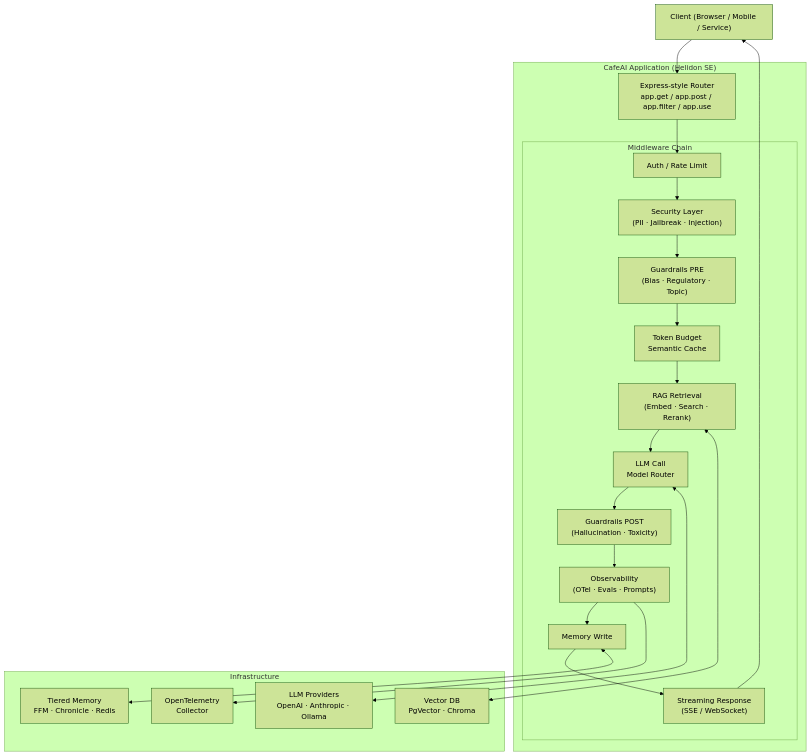
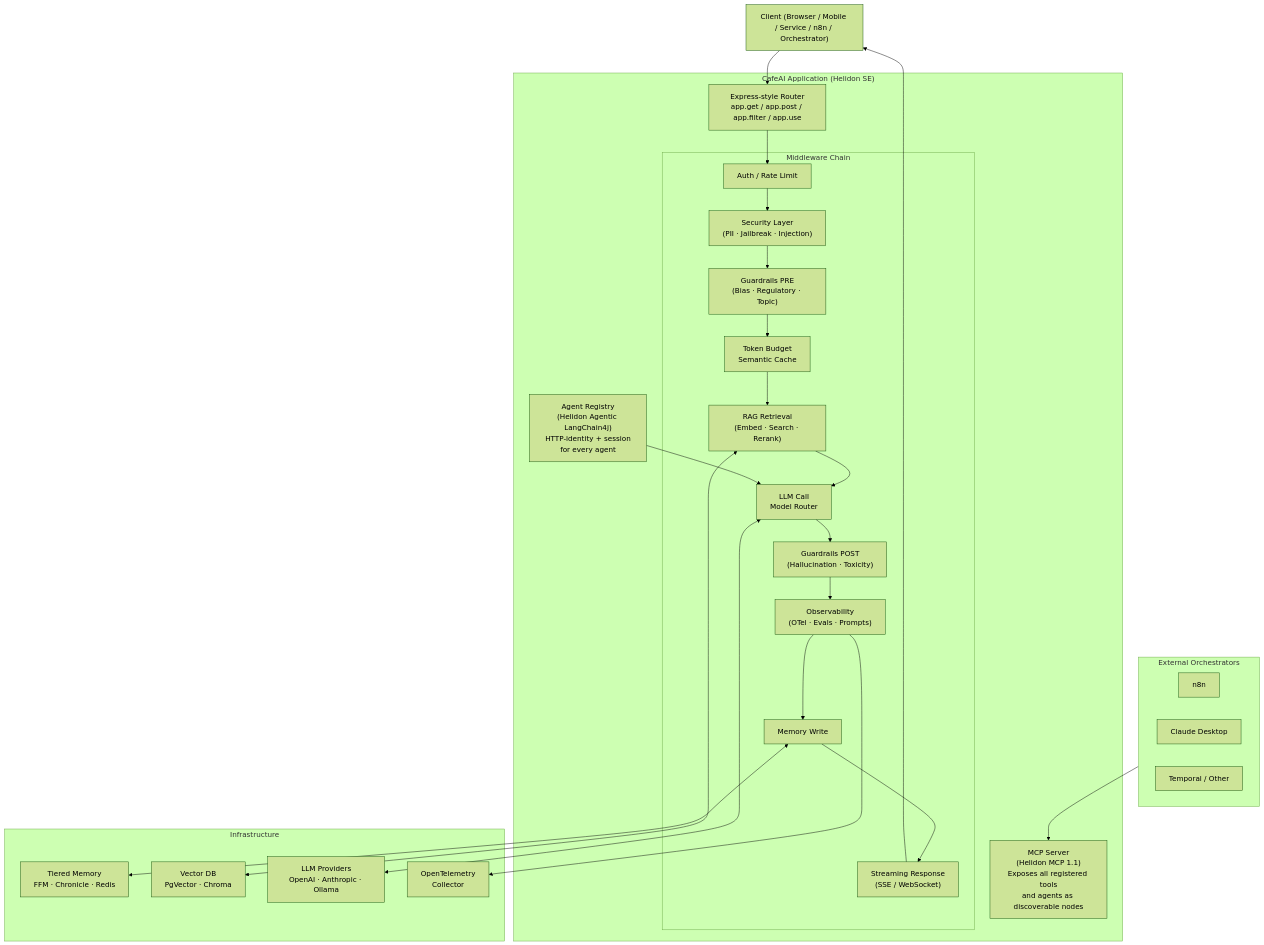
Before and after one commit to akilisha/cafeai: the diagram in docs/SPEC.md, drawn with Mermaid (forest theme). The commit also changed other lines of this file and 4 other files, not shown here.

Commit message:
Adding new roadmap and milesstones

````diff
--- a/docs/SPEC.md
+++ b/docs/SPEC.md
@@ -105,38 +107,49 @@
 ```mermaid
 graph TD
-    Client["Client (Browser / Mobile / Service)"]
+    Client["Client (Browser / Mobile / Service / n8n / Orchestrator)"]
 
     subgraph CafeAI["CafeAI Application (Helidon SE)"]
         Router["Express-style Router\napp.get / app.post / app.filter / app.use"]
 
         subgraph MW["Middleware Chain"]
             Auth["Auth / Rate Limit"]
             Security["Security Layer\n(PII · Jailbreak · Injection)"]
             GuardPre["Guardrails PRE\n(Bias · Regulatory · Topic)"]
             Cost["Token Budget\nSemantic Cache"]
             RAG["RAG Retrieval\n(Embed · Search · Rerank)"]
             LLM["LLM Call\nModel Router"]
             GuardPost["Guardrails POST\n(Hallucination · Toxicity)"]
             Observe["Observability\n(OTel · Evals · Prompts)"]
             MemWrite["Memory Write"]
             Stream["Streaming Response\n(SSE / WebSocket)"]
         end
 
+        MCP["MCP Server\n(Helidon MCP 1.1)\nExposes all registered tools\nand agents as discoverable nodes"]
+        Agents["Agent Registry\n(Helidon Agentic LangChain4j)\nHTTP-identity + session\nfor every agent"]
+
         Router --> Auth --> Security --> GuardPre --> Cost --> RAG --> LLM
         LLM --> GuardPost --> Observe --> MemWrite --> Stream
     end
 
     subgraph Infra["Infrastructure"]
         MemTier["Tiered Memory\nFFM · Chronicle · Redis"]
         VectorDB["Vector DB\nPgVector · Chroma"]
         Providers["LLM Providers\nOpenAI · Anthropic · Ollama"]
         OTel["OpenTelemetry\nCollector"]
     end
 
+    subgraph External["External Orchestrators"]
+        N8N["n8n"]
+        Claude["Claude Desktop"]
+        Temporal["Temporal / Other"]
+    end
+
     Client --> Router
     Stream --> Client
+    External --> MCP
     MemWrite <--> MemTier
     RAG <--> VectorDB
     LLM <--> Providers
     Observe --> OTel
+    Agents --> LLM
 ```
````
